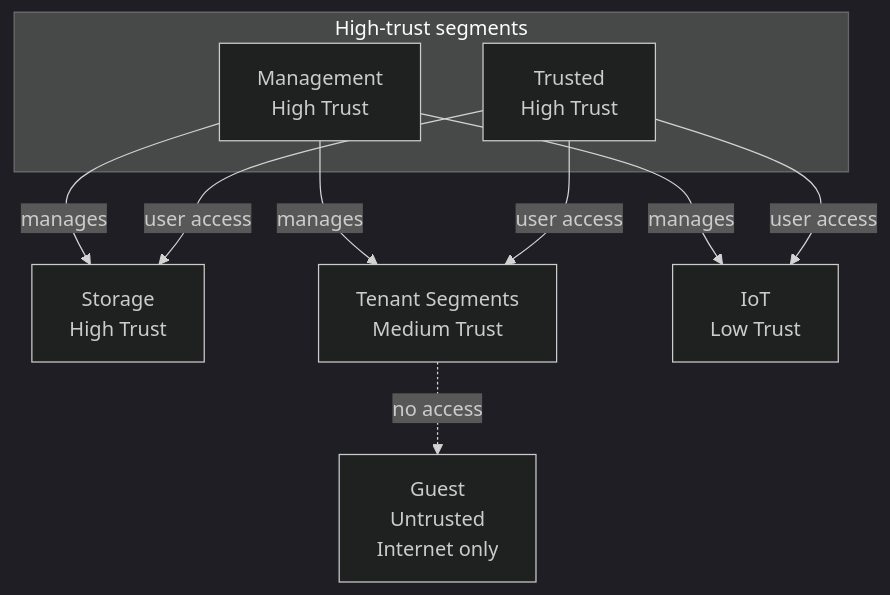
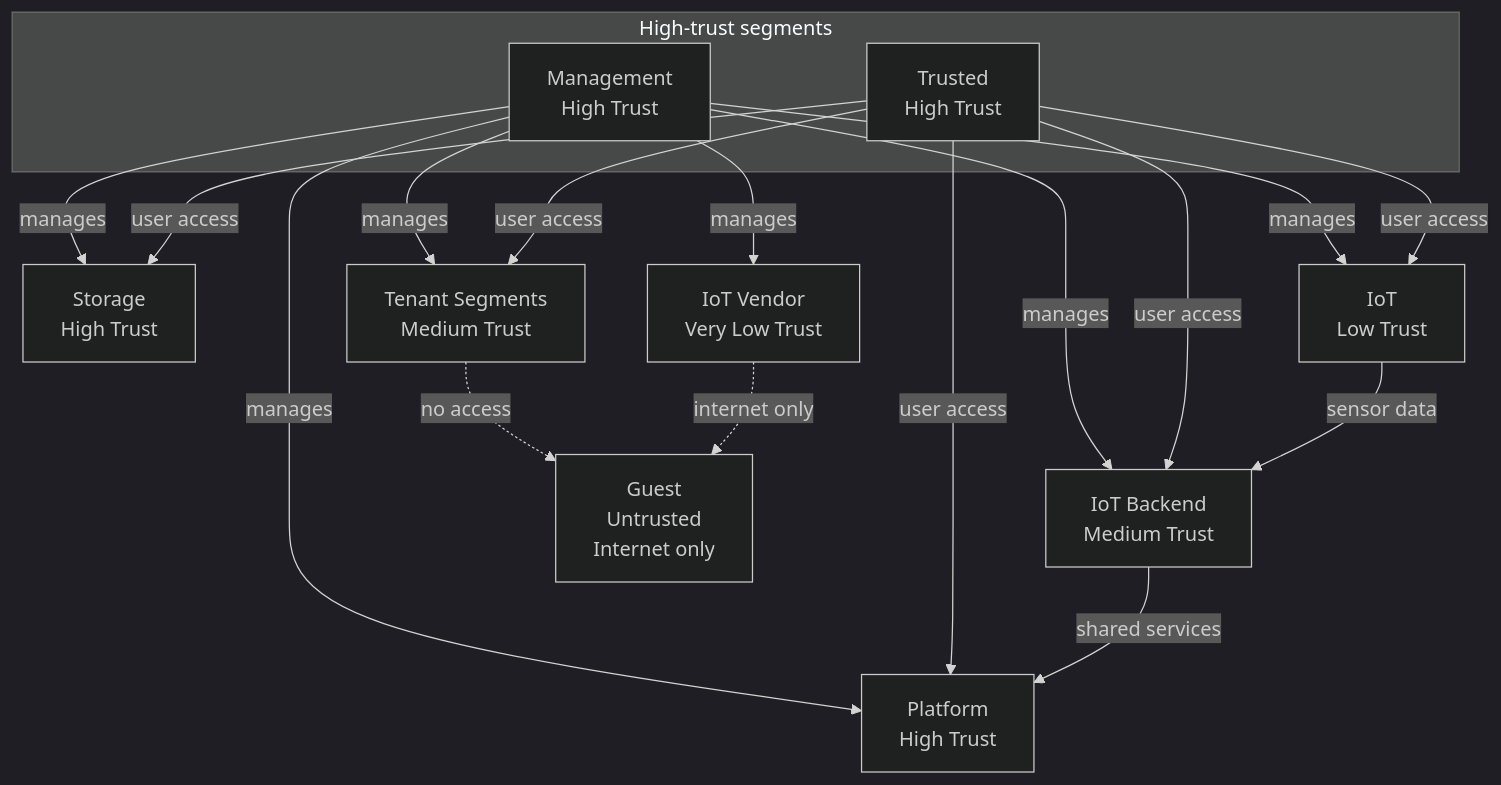
One commit to deevnet/deevnet-docs changed the diagram in content/docs/architecture/substrate/networking.md. Above: the diagram before and after it, drawn with Mermaid (dark theme). The commit also changed other lines of this file and 4 other files, not shown here.

First line of the commit message:
Migrate addressing to 10.x space, add platform/IoT vendor/IoT backend segments

```diff
--- a/content/docs/architecture/substrate/networking.md
+++ b/content/docs/architecture/substrate/networking.md
@@ -137,16 +192,25 @@
 {{< mermaid >}}
 graph TB
     subgraph high["High-trust segments"]
         Mgmt[Management<br>High Trust]
         Trusted[Trusted<br>High Trust]
     end
 
     Mgmt -->|manages| Storage[Storage<br>High Trust]
+    Mgmt -->|manages| Platform[Platform<br>High Trust]
     Mgmt -->|manages| Tenant[Tenant Segments<br>Medium Trust]
+    Mgmt -->|manages| IoTBackend[IoT Backend<br>Medium Trust]
     Mgmt -->|manages| IoT[IoT<br>Low Trust]
+    Mgmt -->|manages| IoTVendor[IoT Vendor<br>Very Low Trust]
     Trusted -->|user access| Storage
+    Trusted -->|user access| Platform
     Trusted -->|user access| Tenant
+    Trusted -->|user access| IoTBackend
     Trusted -->|user access| IoT
 
+    IoT -->|sensor data| IoTBackend
+    IoTBackend -->|shared services| Platform
+
     Tenant -.->|no access| Guest[Guest<br>Untrusted<br>Internet only]
+    IoTVendor -.->|internet only| Guest
 {{< /mermaid >}}
```
